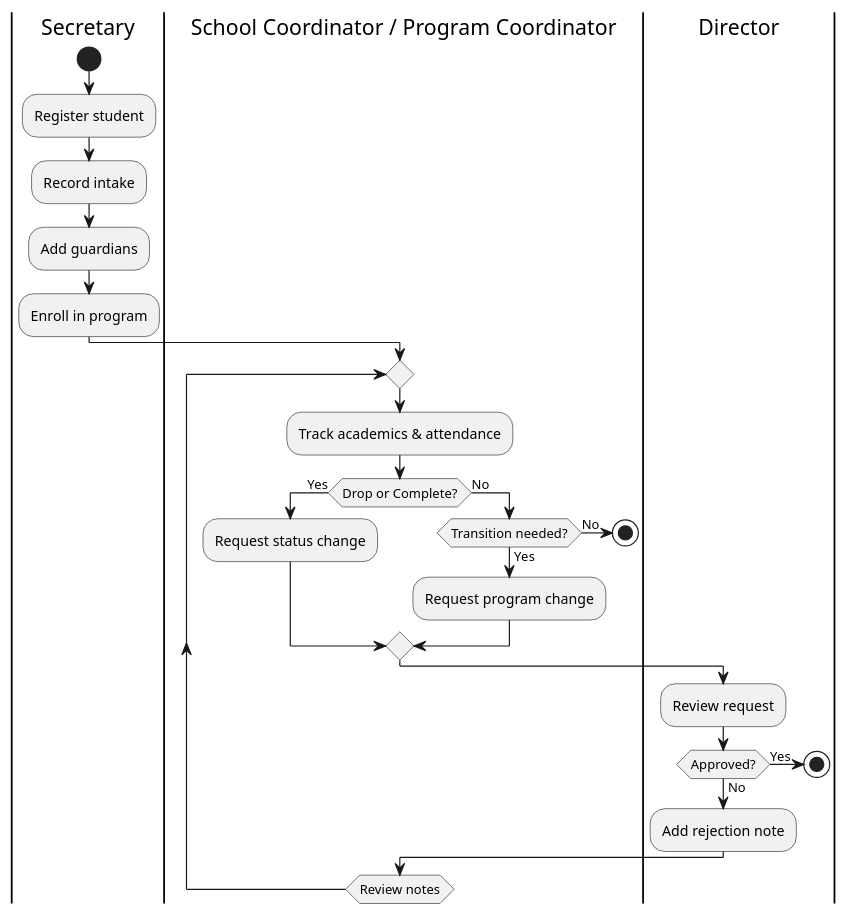
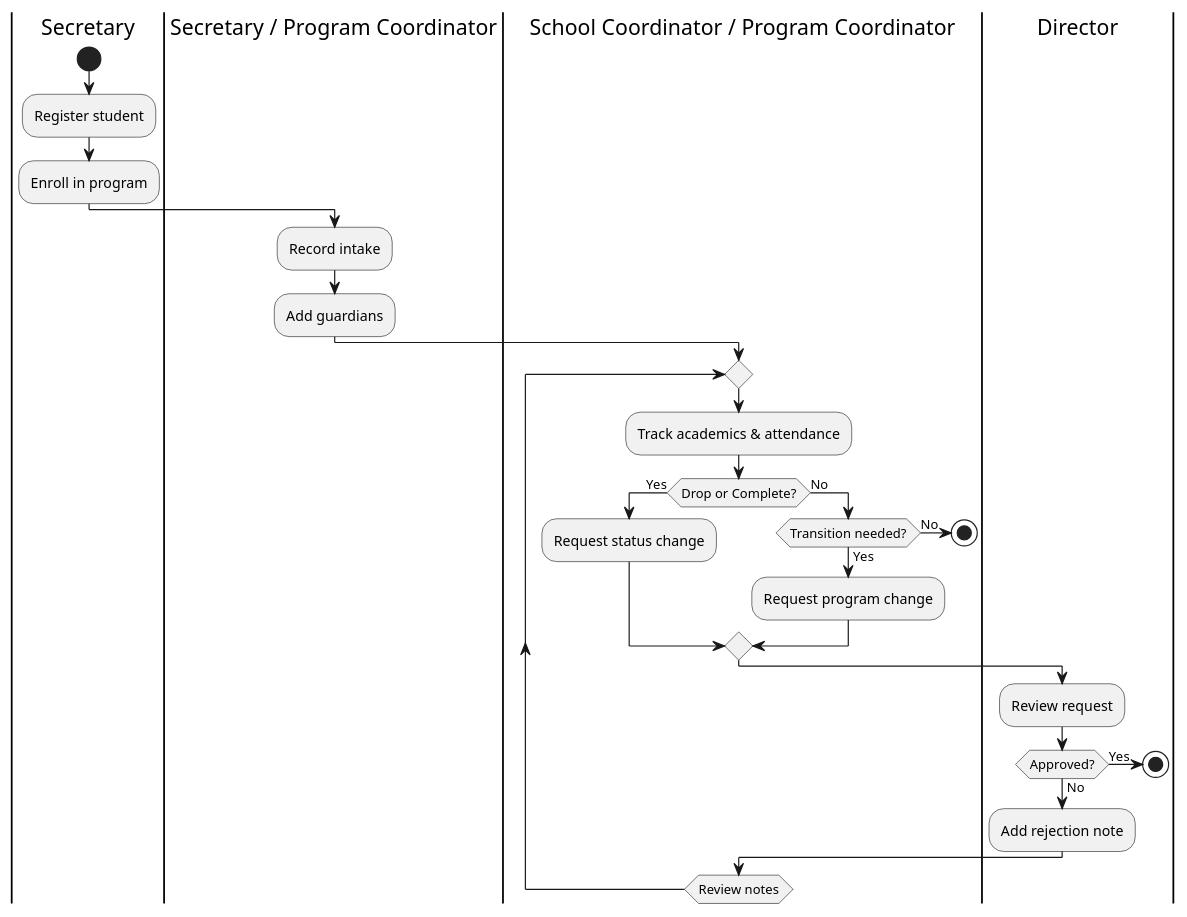
One commit to TainYanTun/BHSMS-Architectural-Blueprint changed the diagram in activity-diagram/workflow_student.puml. Above: the diagram before and after it, drawn with PlantUML. The commit also changed 24 other files, not shown here.

First line of the commit message:
docs(use-cases): Introduce detailed per-role diagrams

```diff
--- a/activity-diagram/workflow_student.puml
+++ b/activity-diagram/workflow_student.puml
@@ -1,31 +1,33 @@
 @startuml
 |Secretary|
 start
 :Register student;
+:Enroll in program;
+
+|Secretary / Program Coordinator|
 :Record intake;
 :Add guardians;
-:Enroll in program;
 
 |School Coordinator / Program Coordinator|
   repeat
   :Track academics & attendance;
   if (Drop or Complete?) then (Yes)
     :Request status change;
   else (No)
     if (Transition needed?) then (Yes)
       :Request program change;
     else (No)
       stop
     endif
   endif
 
   |Director|
   :Review request;
   if (Approved?) then (Yes)
     stop
   else (No)
     :Add rejection note;
   endif
 |School Coordinator / Program Coordinator|
 repeat while (Review notes)
 @enduml
```
